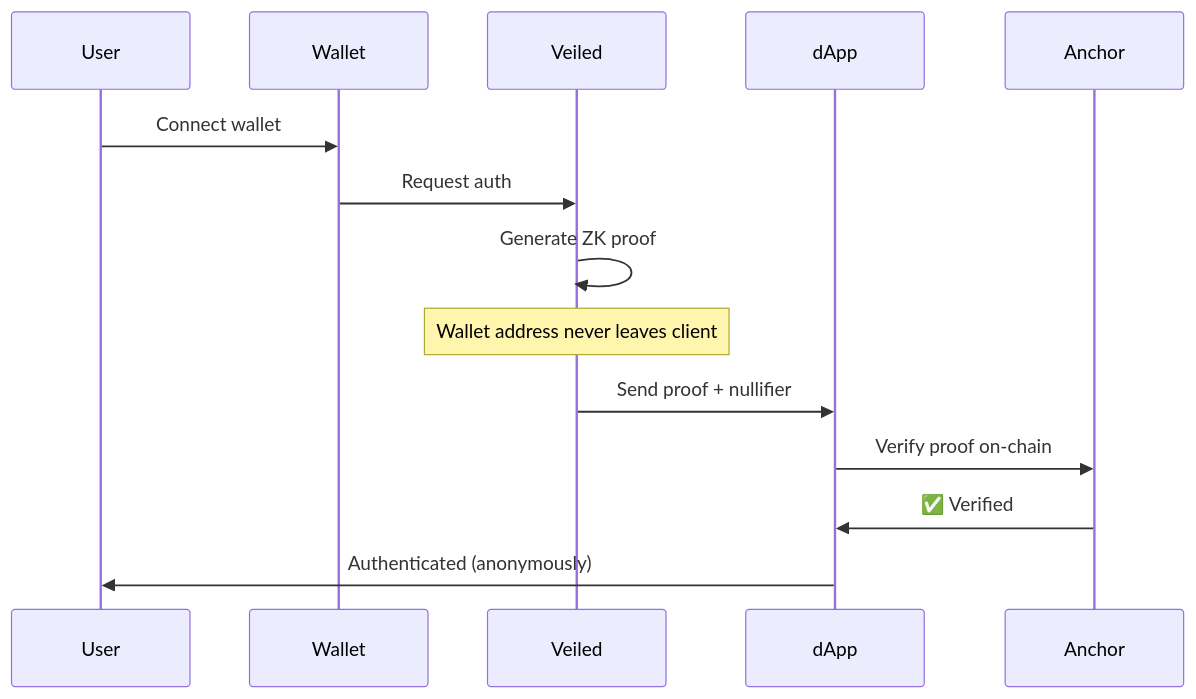
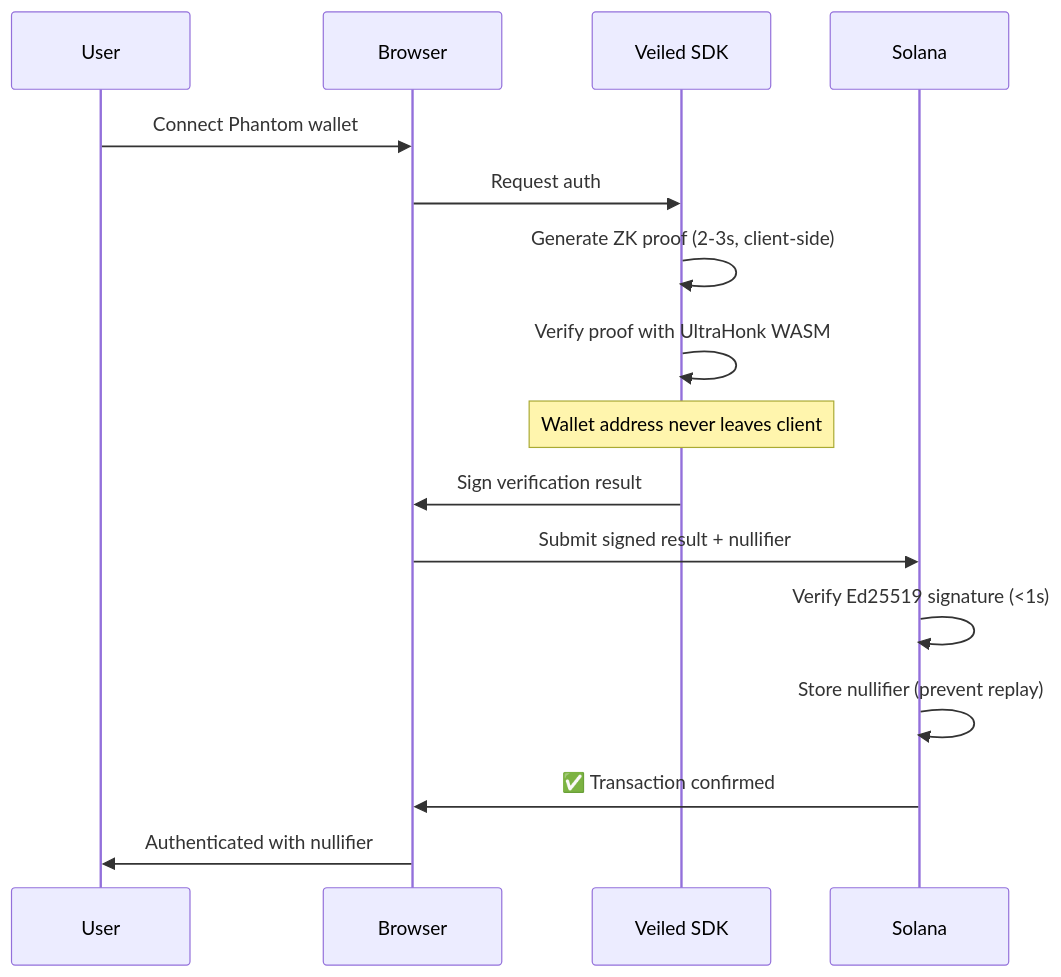
Before and after one commit to digitaldrreamer/veiled: the diagram in README.md, drawn with Mermaid. The commit also changed other lines of this file, not shown here.

````diff
--- a/README.md
+++ b/README.md
@@ -180,16 +268,19 @@
 ```mermaid
 sequenceDiagram
     participant User
-    participant Wallet
-    participant Veiled
-    participant dApp
+    participant Browser
+    participant Veiled SDK
+    participant Solana
     
-    User->>Wallet: Connect wallet
-    Wallet->>Veiled: Request auth
-    Veiled->>Veiled: Generate ZK proof
-    Note over Veiled: Wallet address never leaves client
-    Veiled->>dApp: Send proof + nullifier
-    dApp->>Anchor: Verify proof on-chain
-    Anchor->>dApp: ✅ Verified
-    dApp->>User: Authenticated (anonymously)
+    User->>Browser: Connect Phantom wallet
+    Browser->>Veiled SDK: Request auth
+    Veiled SDK->>Veiled SDK: Generate ZK proof (2-3s, client-side)
+    Veiled SDK->>Veiled SDK: Verify proof with UltraHonk WASM
+    Note over Veiled SDK: Wallet address never leaves client
+    Veiled SDK->>Browser: Sign verification result
+    Browser->>Solana: Submit signed result + nullifier
+    Solana->>Solana: Verify Ed25519 signature (<1s)
+    Solana->>Solana: Store nullifier (prevent replay)
+    Solana->>Browser: ✅ Transaction confirmed
+    Browser->>User: Authenticated with nullifier
 ```
````
